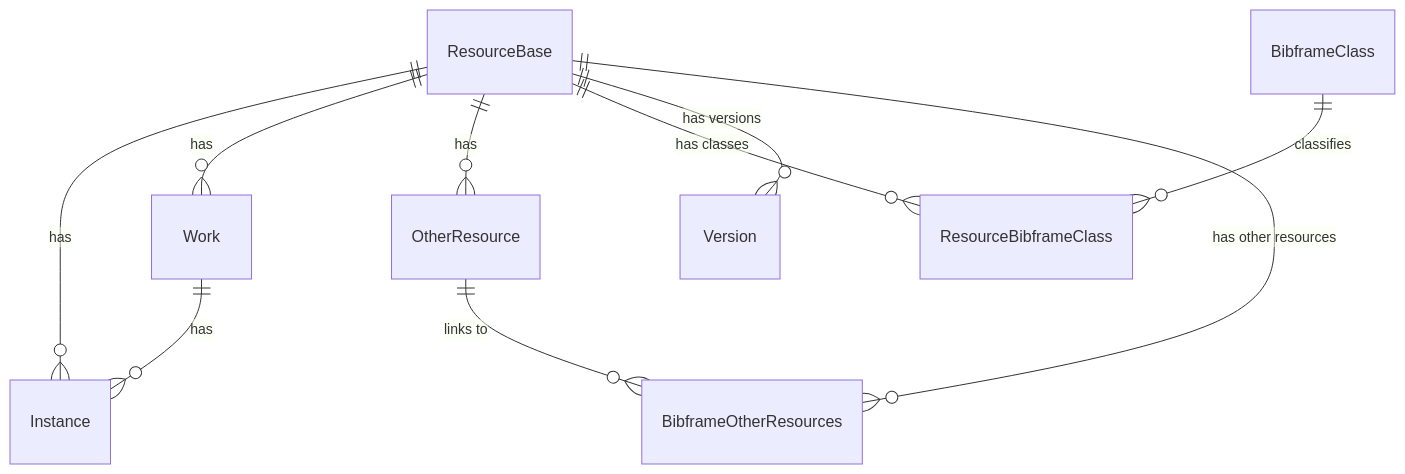
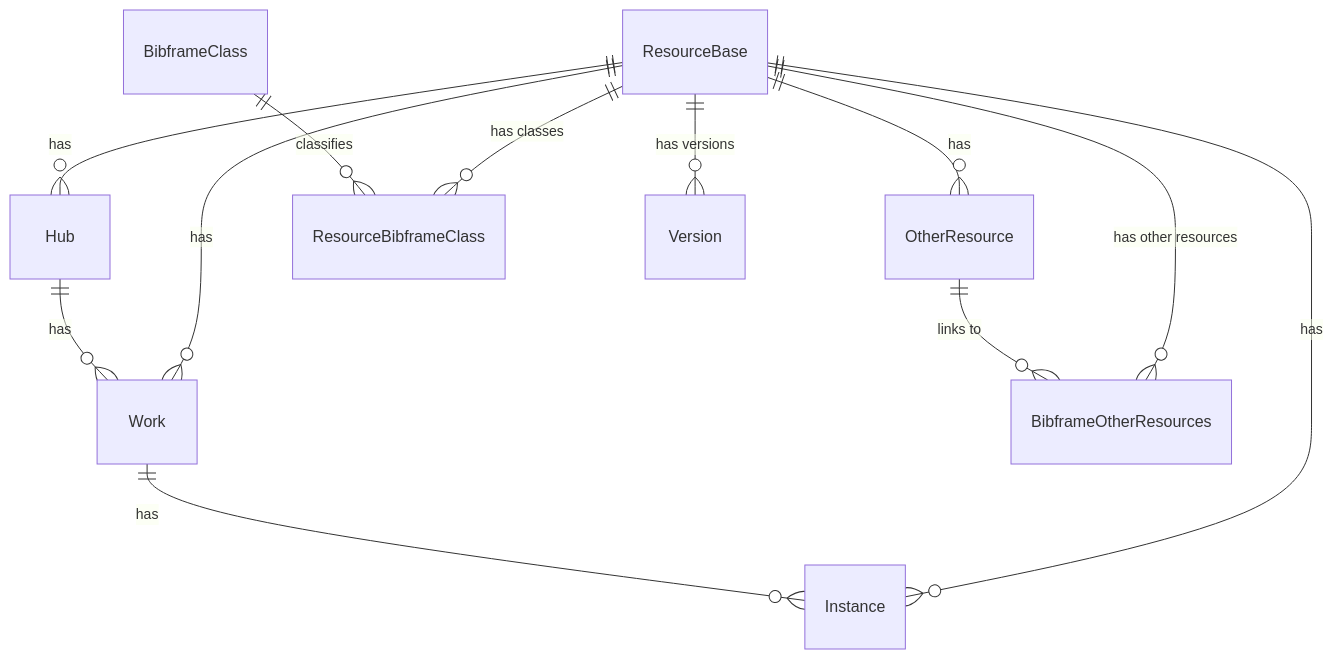
One commit to blue-core-lod/bluecore-models changed the diagram in README.md. Above: the diagram before and after it, drawn with Mermaid. The commit also changed other lines of this file and 2 other files, not shown here.

````diff
--- a/README.md
+++ b/README.md
@@ -22,15 +22,17 @@
 ```mermaid
 erDiagram
+    ResourceBase ||--o{ Hub : "has"
     ResourceBase ||--o{ Instance : "has"
     ResourceBase ||--o{ Work : "has"
     ResourceBase ||--o{ OtherResource : "has"
     ResourceBase ||--o{ ResourceBibframeClass : "has classes"
     ResourceBase ||--o{ Version : "has versions"
     ResourceBase ||--o{ BibframeOtherResources : "has other resources"
 
+    Hub ||--o{ Work : "has"
     Work ||--o{ Instance : "has"
     
     BibframeClass ||--o{ ResourceBibframeClass : "classifies"
     
     OtherResource ||--o{ BibframeOtherResources : "links to"
 ```
````
